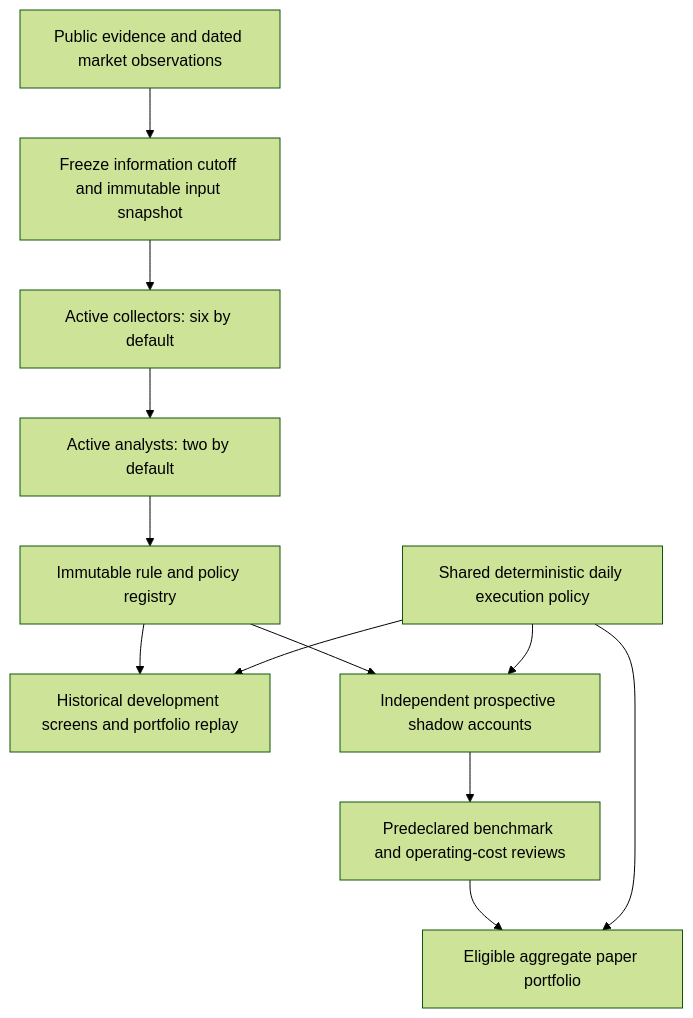
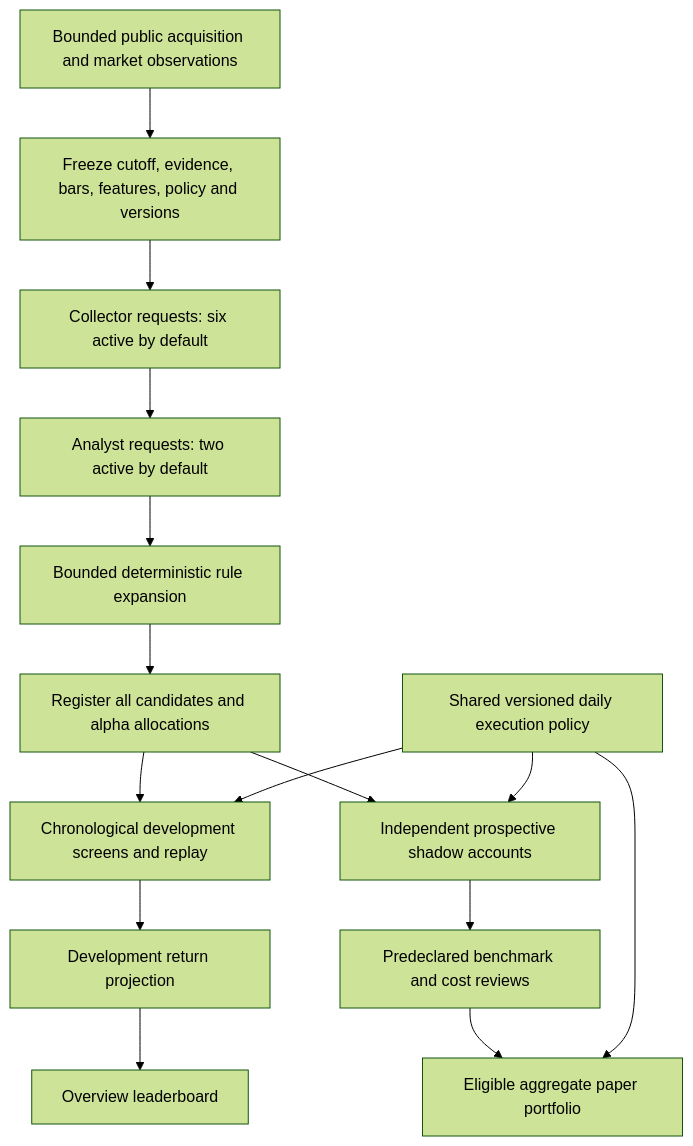
Before and after one commit to justmycode37/Prism: the first of 2 diagrams in docs/Architecture.md, drawn with Mermaid (forest theme). The commit also changed other lines of this file and 122 other files, not shown here.

````diff
--- a/docs/Architecture.md
+++ b/docs/Architecture.md
@@ -5,14 +7,17 @@
 ```mermaid
 flowchart TD
-    DATA[Public evidence and dated market observations] --> CUT[Freeze information cutoff and immutable input snapshot]
-    CUT --> COL[Active collectors: six by default]
-    COL --> AN[Active analysts: two by default]
-    AN --> REG[Immutable rule and policy registry]
-    REG --> DEV[Historical development screens and portfolio replay]
+    ACQ[Bounded public acquisition and market observations] --> SNAP[Freeze cutoff, evidence, bars, features, policy and versions]
+    SNAP --> COL[Collector requests: six active by default]
+    COL --> ANALYST[Analyst requests: two active by default]
+    ANALYST --> EXPAND[Bounded deterministic rule expansion]
+    EXPAND --> REG[Register all candidates and alpha allocations]
+    REG --> DEV[Chronological development screens and replay]
     REG --> SHADOW[Independent prospective shadow accounts]
-    SHADOW --> REVIEW[Predeclared benchmark and operating-cost reviews]
+    SHADOW --> REVIEW[Predeclared benchmark and cost reviews]
     REVIEW --> PAPER[Eligible aggregate paper portfolio]
-    POLICY[Shared deterministic daily execution policy] --> DEV
+    DEV --> BOARD[Development return projection]
+    BOARD --> UI[Overview leaderboard]
+    POLICY[Shared versioned daily execution policy] --> DEV
     POLICY --> SHADOW
     POLICY --> PAPER
 ```
````
